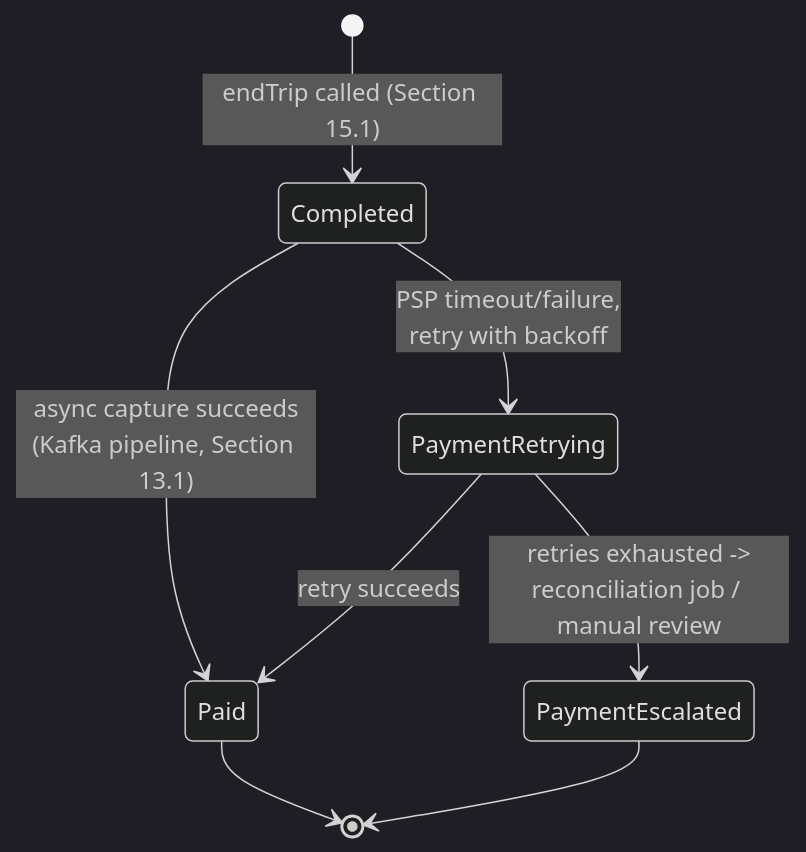
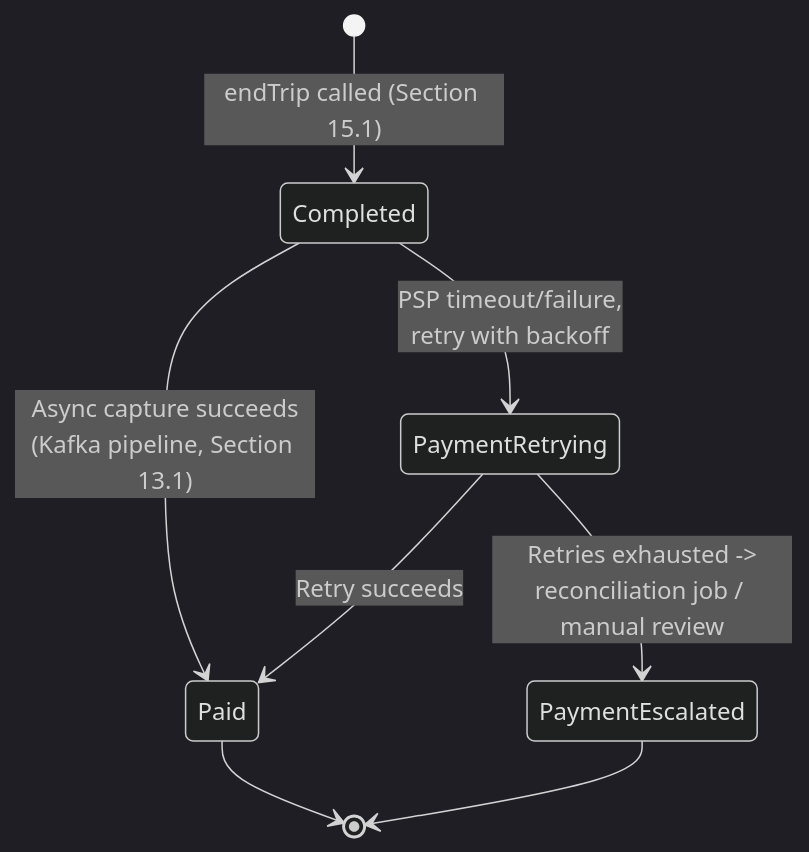
Before and after one commit to riyaz-pasha/Learnings: diagram 23 of 25 in system-design/HLD/0-course/30-Design Uber-FAANG-Guide.md, drawn with Mermaid (dark theme). The commit also changed other lines of this file and 1 other file, not shown here.

First line of the commit message:
[REWRITE] Design Uber guides: simplify prose, add structure, fix dark-theme diagrams

````diff
--- a/system-design/HLD/0-course/30-Design Uber-FAANG-Guide.md
+++ b/system-design/HLD/0-course/30-Design Uber-FAANG-Guide.md
@@ -993,10 +1086,10 @@
 ```mermaid
 stateDiagram-v2
     [*] --> Completed: endTrip called (Section 15.1)
-    Completed --> Paid: async capture succeeds<br/>(Kafka pipeline, Section 13.1)
+    Completed --> Paid: Async capture succeeds<br/>(Kafka pipeline, Section 13.1)
     Completed --> PaymentRetrying: PSP timeout/failure,<br/>retry with backoff
-    PaymentRetrying --> Paid: retry succeeds
-    PaymentRetrying --> PaymentEscalated: retries exhausted -><br/>reconciliation job / manual review
+    PaymentRetrying --> Paid: Retry succeeds
+    PaymentRetrying --> PaymentEscalated: Retries exhausted -><br/>reconciliation job / manual review
     Paid --> [*]
     PaymentEscalated --> [*]
 ```
````
